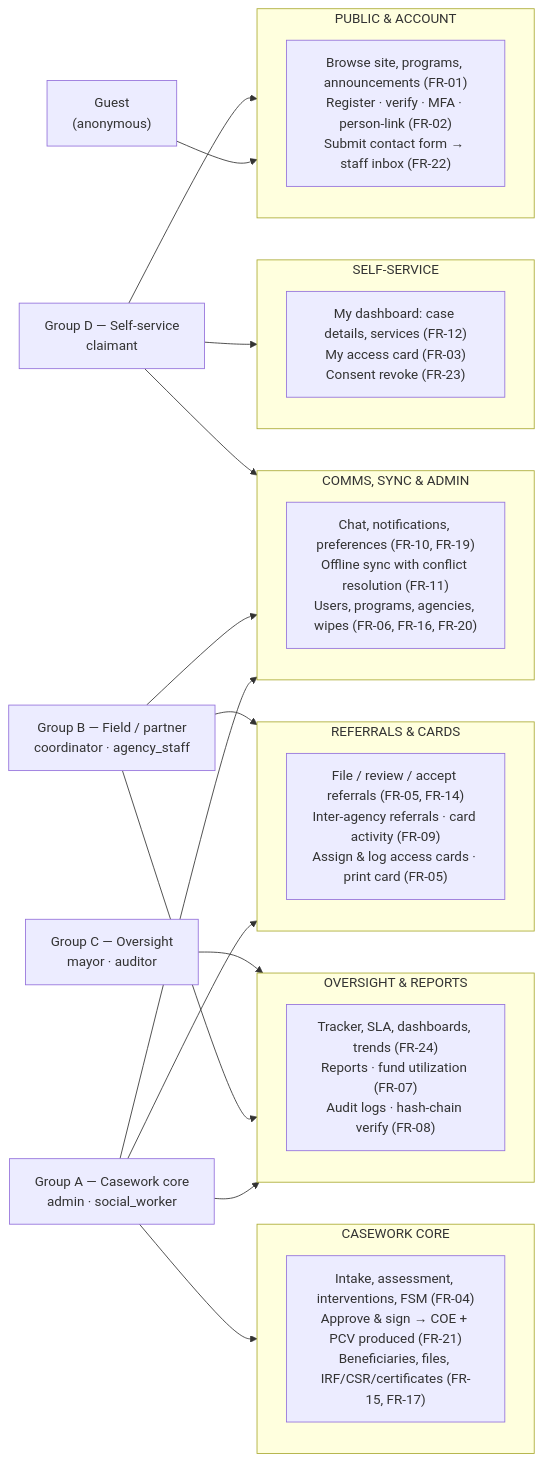
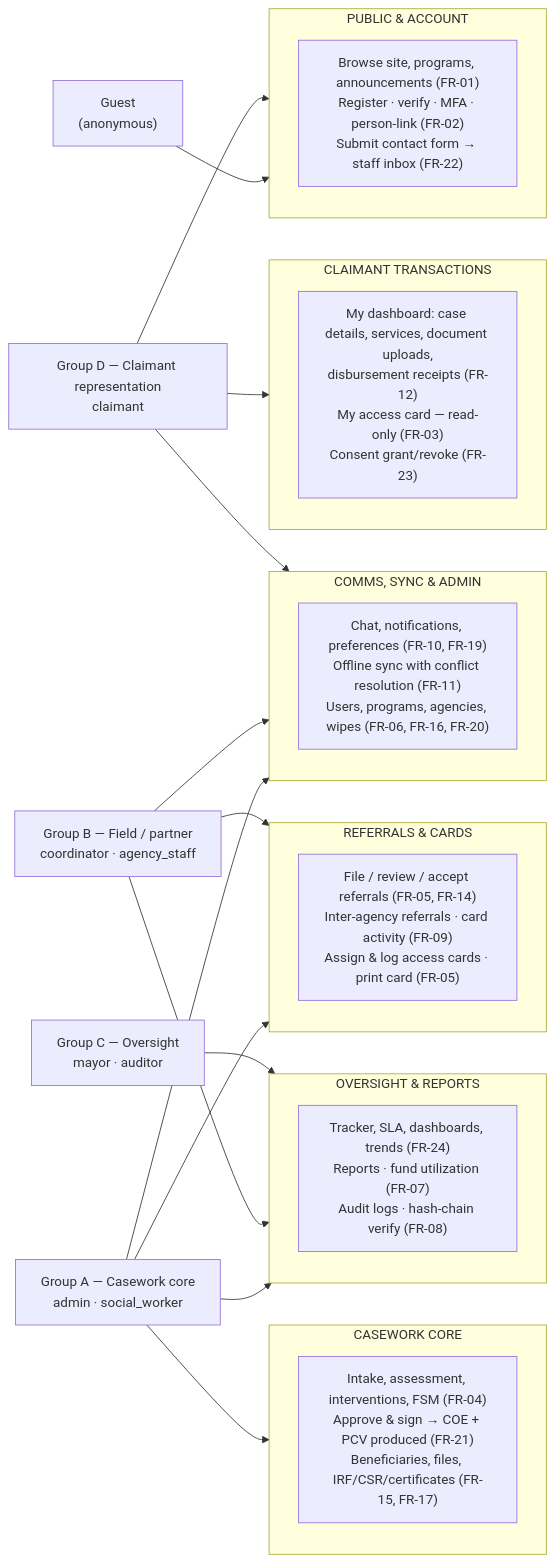
Before and after one commit to urlsalimbot/THESIS1-KAPWA: the diagram in docs/diagrams/02-use-case-diagram.md, drawn with Mermaid. The commit also changed other lines of this file and 17 other files, not shown here.

````diff
--- a/docs/diagrams/02-use-case-diagram.md
+++ b/docs/diagrams/02-use-case-diagram.md
@@ -54,51 +54,51 @@
 ```mermaid
 flowchart LR
     G["Guest<br/>(anonymous)"]
     A["Group A — Casework core<br/>admin · social_worker"]
     B["Group B — Field / partner<br/>coordinator · agency_staff"]
     C["Group C — Oversight<br/>mayor · auditor"]
-    D["Group D — Self-service<br/>claimant"]
+    D["Group D — Claimant representation<br/>claimant"]
 
     subgraph UC1[PUBLIC & ACCOUNT]
         direction TB
         U1["Browse site, programs, announcements (FR-01)<br/>Register · verify · MFA · person-link (FR-02)<br/>Submit contact form → staff inbox (FR-22)"]
     end
 
     subgraph UC2[CASEWORK CORE]
         direction TB
         U2["Intake, assessment, interventions, FSM (FR-04)<br/>Approve & sign → COE + PCV produced (FR-21)<br/>Beneficiaries, files, IRF/CSR/certificates (FR-15, FR-17)"]
     end
 
     subgraph UC3[REFERRALS & CARDS]
         direction TB
         U3["File / review / accept referrals (FR-05, FR-14)<br/>Inter-agency referrals · card activity (FR-09)<br/>Assign & log access cards · print card (FR-05)"]
     end
 
     subgraph UC4[OVERSIGHT & REPORTS]
         direction TB
         U4["Tracker, SLA, dashboards, trends (FR-24)<br/>Reports · fund utilization (FR-07)<br/>Audit logs · hash-chain verify (FR-08)"]
     end
 
-    subgraph UC5[SELF-SERVICE]
+    subgraph UC5[CLAIMANT TRANSACTIONS]
         direction TB
-        U5["My dashboard: case details, services (FR-12)<br/>My access card (FR-03)<br/>Consent revoke (FR-23)"]
+        U5["My dashboard: case details, services, document uploads,<br/>disbursement receipts (FR-12)<br/>My access card — read-only (FR-03)<br/>Consent grant/revoke (FR-23)"]
     end
 
     subgraph UC6[COMMS, SYNC & ADMIN]
         direction TB
         U6["Chat, notifications, preferences (FR-10, FR-19)<br/>Offline sync with conflict resolution (FR-11)<br/>Users, programs, agencies, wipes (FR-06, FR-16, FR-20)"]
     end
 
     G --> U1
     A --> U2
     A --> U3
     A --> U4
     A --> U6
     B --> U3
     B --> U4
     B --> U6
     C --> U4
     D --> U1
     D --> U5
     D --> U6
 ```
````
